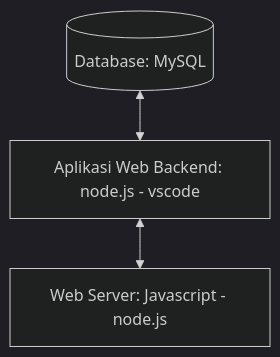
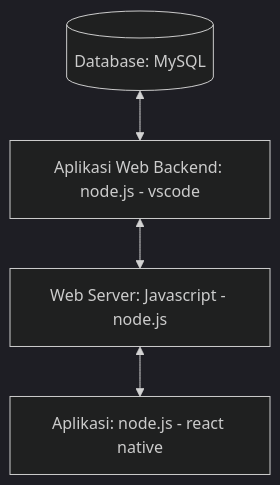
Before and after one commit to Alfianad/speedtest: the second of 2 diagrams in jawaban job interview.md, drawn with Mermaid (dark theme).

Commit message:
Update jawaban job interview.md

````diff
--- a/jawaban job interview.md
+++ b/jawaban job interview.md
@@ -64,4 +64,4 @@
 ```mermaid
 flowchart TD
-    id1[(Database: MySQL)] <--> id2[Aplikasi Web Backend: node.js - vscode] <--> id3[Web Server: Javascript - node.js]  
+    id1[(Database: MySQL)] <--> id2[Aplikasi Web Backend: node.js - vscode] <--> id3[Web Server: Javascript - node.js]<-->id4[Aplikasi: node.js - react native]  
 ```
````
